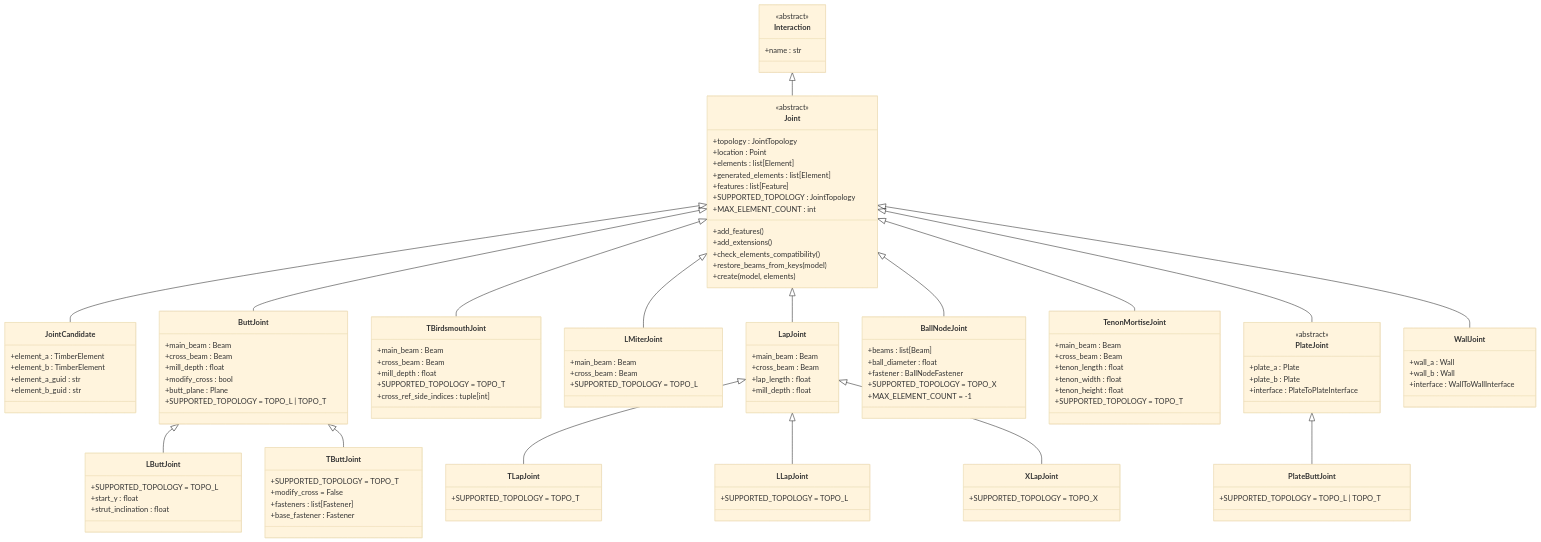
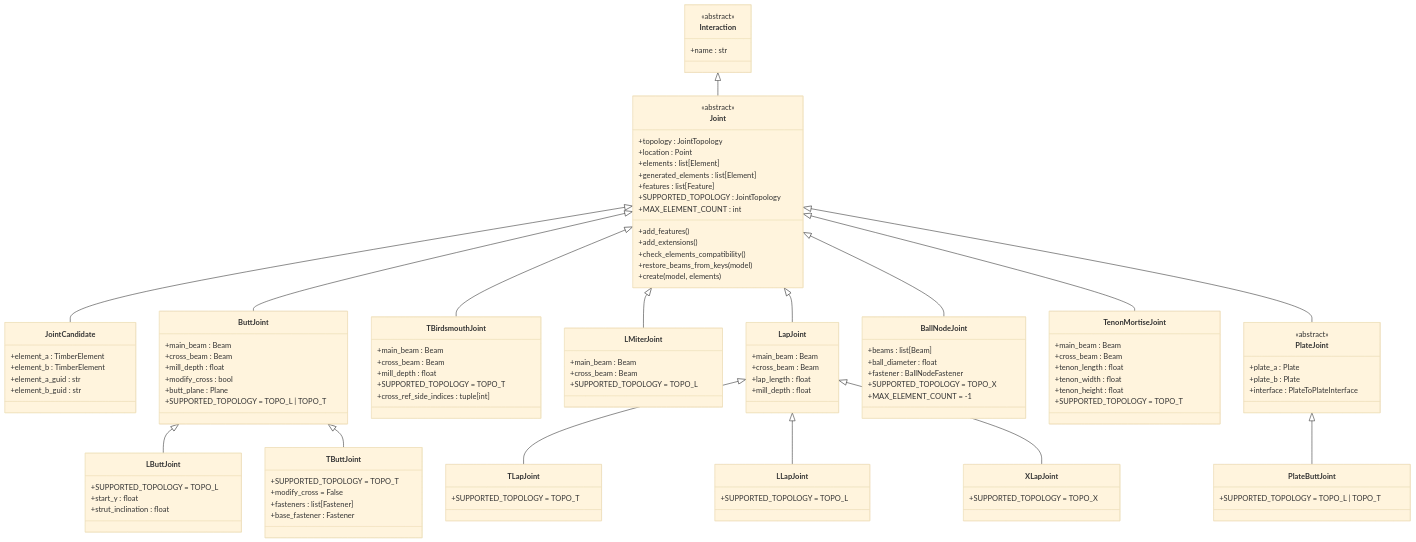
Before and after one commit to gramaziokohler/compas_timber: the second of 4 diagrams in docs/contribution/class_diagrams.rst, drawn with Mermaid (base theme). The commit also changed other lines of this file and 30 other files, not shown here.

```diff
--- a/docs/contribution/class_diagrams.rst
+++ b/docs/contribution/class_diagrams.rst
@@ -264,11 +250,6 @@
          +SUPPORTED_TOPOLOGY = TOPO_L | TOPO_T
       }
 
-      class WallJoint {
-         +wall_a : Wall
-         +wall_b : Wall
-         +interface : WallToWallInterface
-      }
 
       %% Inheritance relationships
       Interaction <|-- Joint
@@ -280,7 +261,6 @@
       Joint <|-- BallNodeJoint
       Joint <|-- TenonMortiseJoint
       Joint <|-- PlateJoint
-      Joint <|-- WallJoint
 
       ButtJoint <|-- LButtJoint
       ButtJoint <|-- TButtJoint
```
